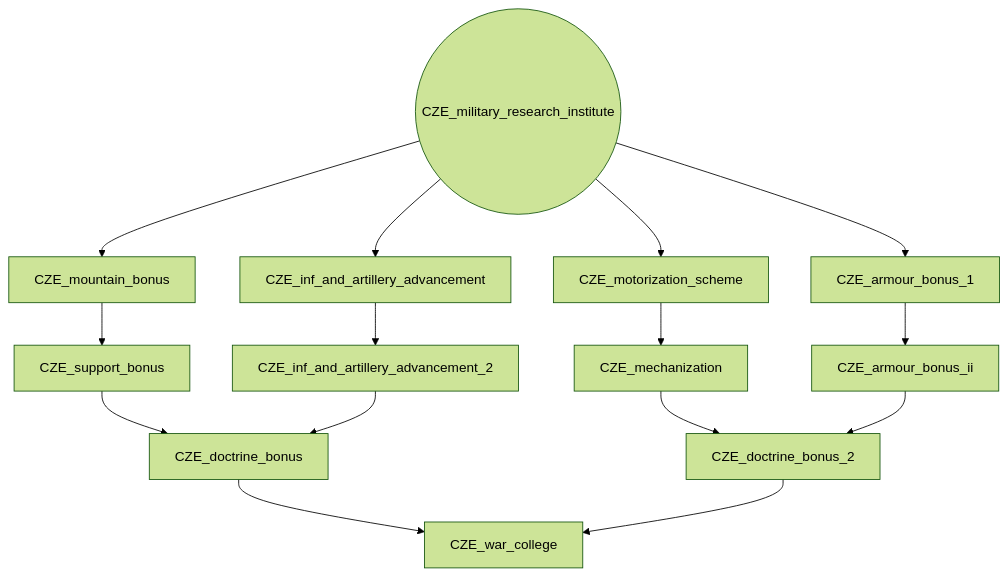
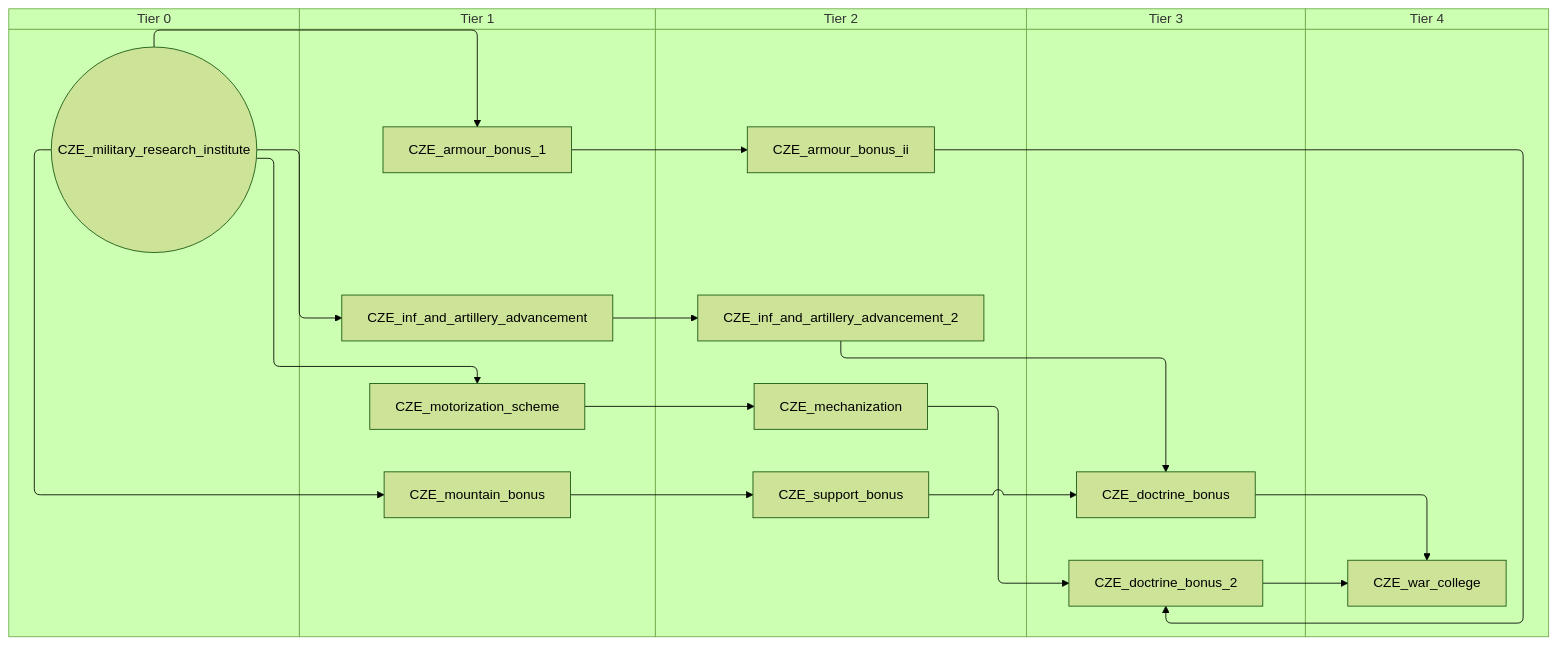
One commit to evgeny-sobol/hoi4-sandbox-mode-r56 changed the fifth of 8 diagrams in docs/gdd/National Focuses/r56/czechoslovakia.md. Above: the diagram before and after it, drawn with Mermaid (forest theme). The commit also changed other lines of this file and 423 other files, not shown here.

First line of the commit message:
Re-export Rt56 focus trees as swimlane diagrams

````diff
--- a/docs/gdd/National Focuses/r56/czechoslovakia.md
+++ b/docs/gdd/National Focuses/r56/czechoslovakia.md
@@ -103,29 +137,39 @@
 ```mermaid
-flowchart TD
-    n37["CZE_armour_bonus_1"]
-    n38["CZE_armour_bonus_ii"]
-    n39["CZE_doctrine_bonus"]
-    n40["CZE_doctrine_bonus_2"]
-    n41["CZE_inf_and_artillery_advancement"]
-    n42["CZE_inf_and_artillery_advancement_2"]
-    n43["CZE_mechanization"]
-    n44(("CZE_military_research_institute"))
-    n45["CZE_motorization_scheme"]
-    n46["CZE_mountain_bonus"]
-    n47["CZE_support_bonus"]
-    n48["CZE_war_college"]
-    n44 --> n37
+swimlane-beta TD
+    subgraph tier_0["Tier 0"]
+        n37(("CZE_military_research_institute"))
+    end
+    subgraph tier_1["Tier 1"]
+        n38["CZE_armour_bonus_1"]
+        n39["CZE_inf_and_artillery_advancement"]
+        n40["CZE_motorization_scheme"]
+        n41["CZE_mountain_bonus"]
+    end
+    subgraph tier_2["Tier 2"]
+        n42["CZE_armour_bonus_ii"]
+        n43["CZE_inf_and_artillery_advancement_2"]
+        n44["CZE_mechanization"]
+        n45["CZE_support_bonus"]
+    end
+    subgraph tier_3["Tier 3"]
+        n46["CZE_doctrine_bonus"]
+        n47["CZE_doctrine_bonus_2"]
+    end
+    subgraph tier_4["Tier 4"]
+        n48["CZE_war_college"]
+    end
     n37 --> n38
-    n47 --> n39
-    n42 --> n39
-    n43 --> n40
-    n38 --> n40
-    n44 --> n41
-    n41 --> n42
-    n45 --> n43
-    n44 --> n45
-    n44 --> n46
-    n46 --> n47
-    n39 --> n48
-    n40 --> n48
+    n38 --> n42
+    n45 --> n46
+    n43 --> n46
+    n44 --> n47
+    n42 --> n47
+    n37 --> n39
+    n39 --> n43
+    n40 --> n44
+    n37 --> n40
+    n37 --> n41
+    n41 --> n45
+    n46 --> n48
+    n47 --> n48
 ```
````
